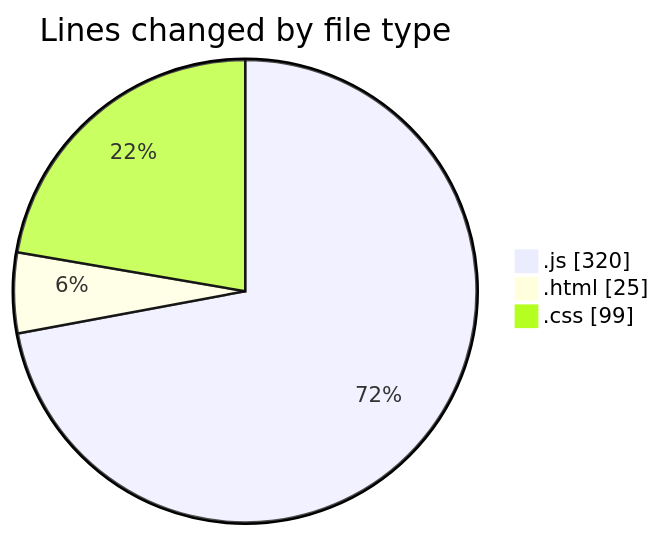
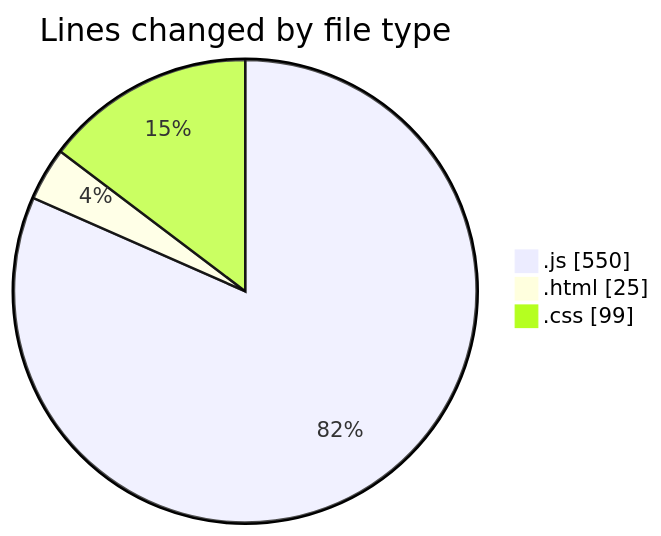
Before and after one commit to Ritupan-Deka/code-tracking: the first of 2 diagrams in 2025-01-19/typing_game/README.md, drawn with Mermaid. The commit also changed other lines of this file and 1 other file, not shown here.

````diff
--- a/2025-01-19/typing_game/README.md
+++ b/2025-01-19/typing_game/README.md
@@ -22,7 +22,7 @@
 ```mermaid
 pie showData
 title Lines changed by file type
-".js" : 320
+".js" : 550
 ".html" : 25
 ".css" : 99
 ```
````
